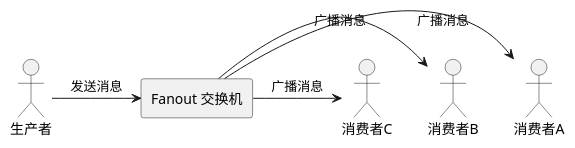
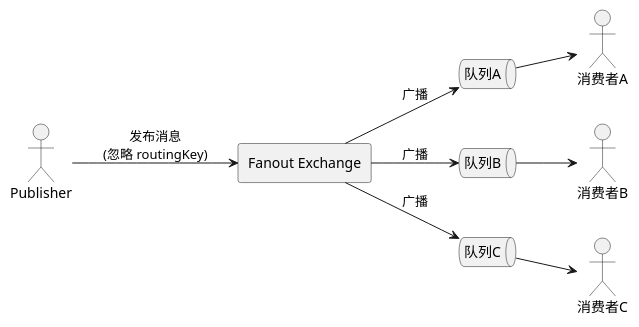
Before and after one commit to eleven52ac/CAMELLIAKnowledgeBase: the diagram in 消息中间件/RabbitMQ/6. Fanout Exchange 模型.md, drawn with PlantUML. The commit also changed 2 other files, not shown here.

Commit message:
vault backup: 2026-03-08 17:34:18

````diff
--- a/消息中间件/RabbitMQ/6. Fanout Exchange 模型.md
+++ b/消息中间件/RabbitMQ/6. Fanout Exchange 模型.md
@@ -15,16 +15,28 @@
 ```plantuml
 @startuml
-actor 生产者 as P
-actor 消费者A as C1
-actor 消费者B as C2
-actor 消费者C as C3
+left to right direction
 
-rectangle "Fanout 交换机" {
-  P -> "Fanout 交换机" : 发送消息
-  "Fanout 交换机" -> C1 : 广播消息
-  "Fanout 交换机" -> C2 : 广播消息
-  "Fanout 交换机" -> C3 : 广播消息
+actor Publisher
+actor "消费者A"
+actor "消费者B"
+actor "消费者C"
+
+rectangle "Fanout Exchange" {
 }
+
+queue "队列A"
+queue "队列B"
+queue "队列C"
+
+Publisher --> "Fanout Exchange" : 发布消息\n(忽略 routingKey)
+
+"Fanout Exchange" --> "队列A" : 广播
+"Fanout Exchange" --> "队列B" : 广播
+"Fanout Exchange" --> "队列C" : 广播
+
+"队列A" --> "消费者A"
+"队列B" --> "消费者B"
+"队列C" --> "消费者C"
 
 @enduml
 ```
````
